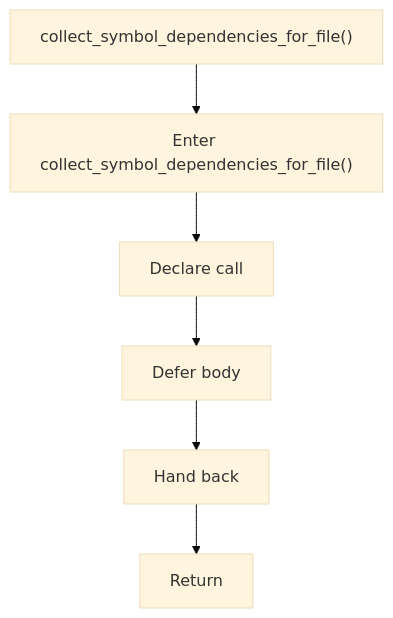
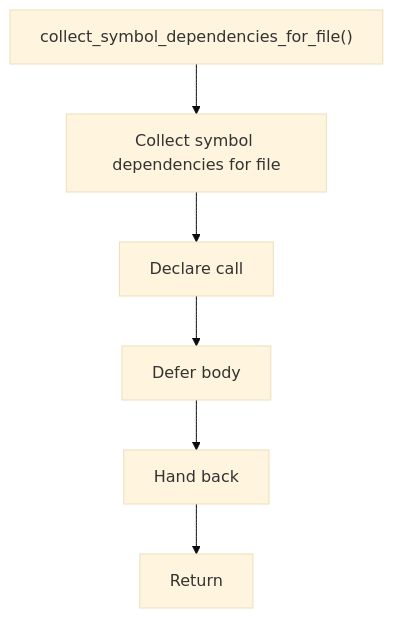
Before and after one commit to JohnAndrewBalbarosa/NeoTerritory: the diagram in docs/Codebase/Microservice/Modules/Header/SyntacticBrokenAST/Trees/Actual/Internal/Flow/functions/collect_symbol_dependencies_for_file.hpp.md, drawn with Mermaid (base theme). The commit also changed other lines of this file and 925 other files, not shown here.

````diff
--- a/docs/Codebase/Microservice/Modules/Header/SyntacticBrokenAST/Trees/Actual/Internal/Flow/functions/collect_symbol_dependencies_for_file.hpp.md
+++ b/docs/Codebase/Microservice/Modules/Header/SyntacticBrokenAST/Trees/Actual/Internal/Flow/functions/collect_symbol_dependencies_for_file.hpp.md
@@ -16,14 +16,14 @@
 ```mermaid
 flowchart TD
     Start["collect_symbol_dependencies_for_file()"]
-    N0["Enter collect_symbol_dependencies_for_file()"]
+    N0["Collect symbol dependencies for file"]
     N1["Declare call"]
     N2["Defer body"]
     N3["Hand back"]
     End["Return"]
     Start --> N0
     N0 --> N1
     N1 --> N2
     N2 --> N3
     N3 --> End
 ```
````
